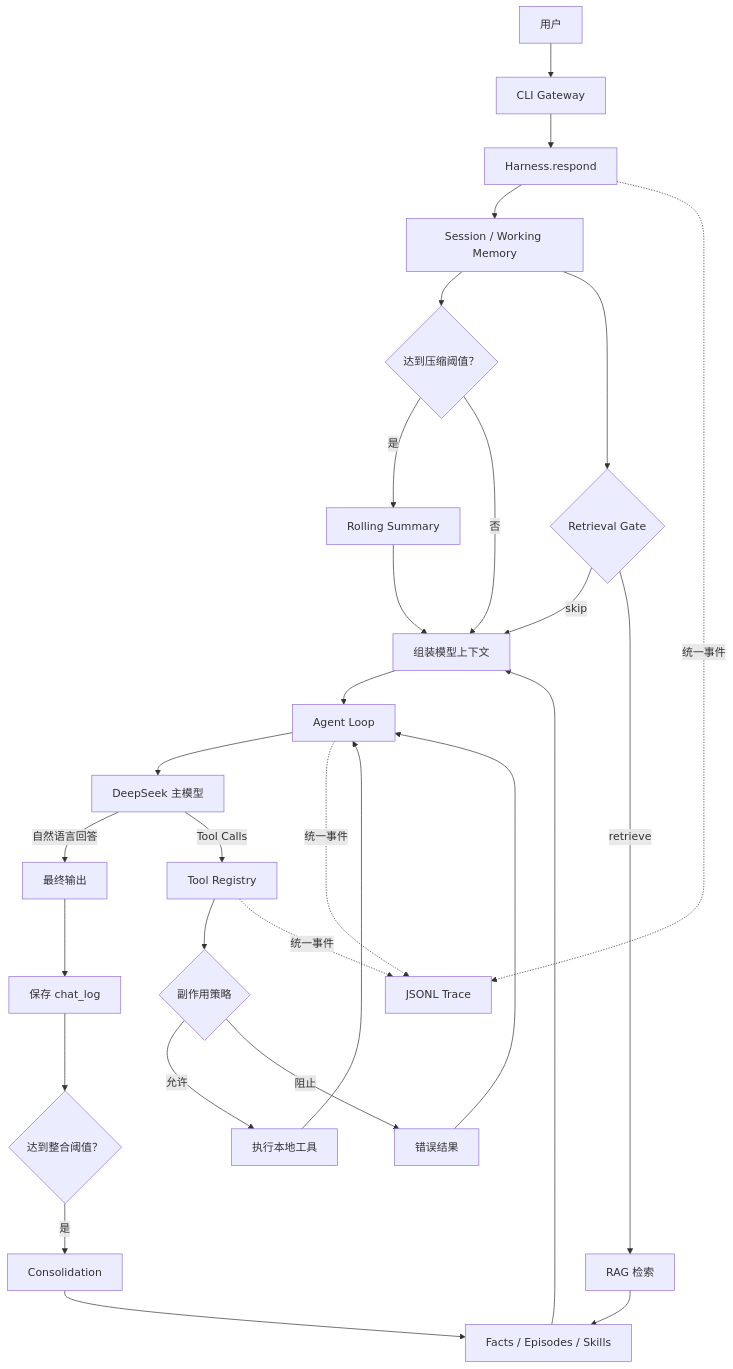
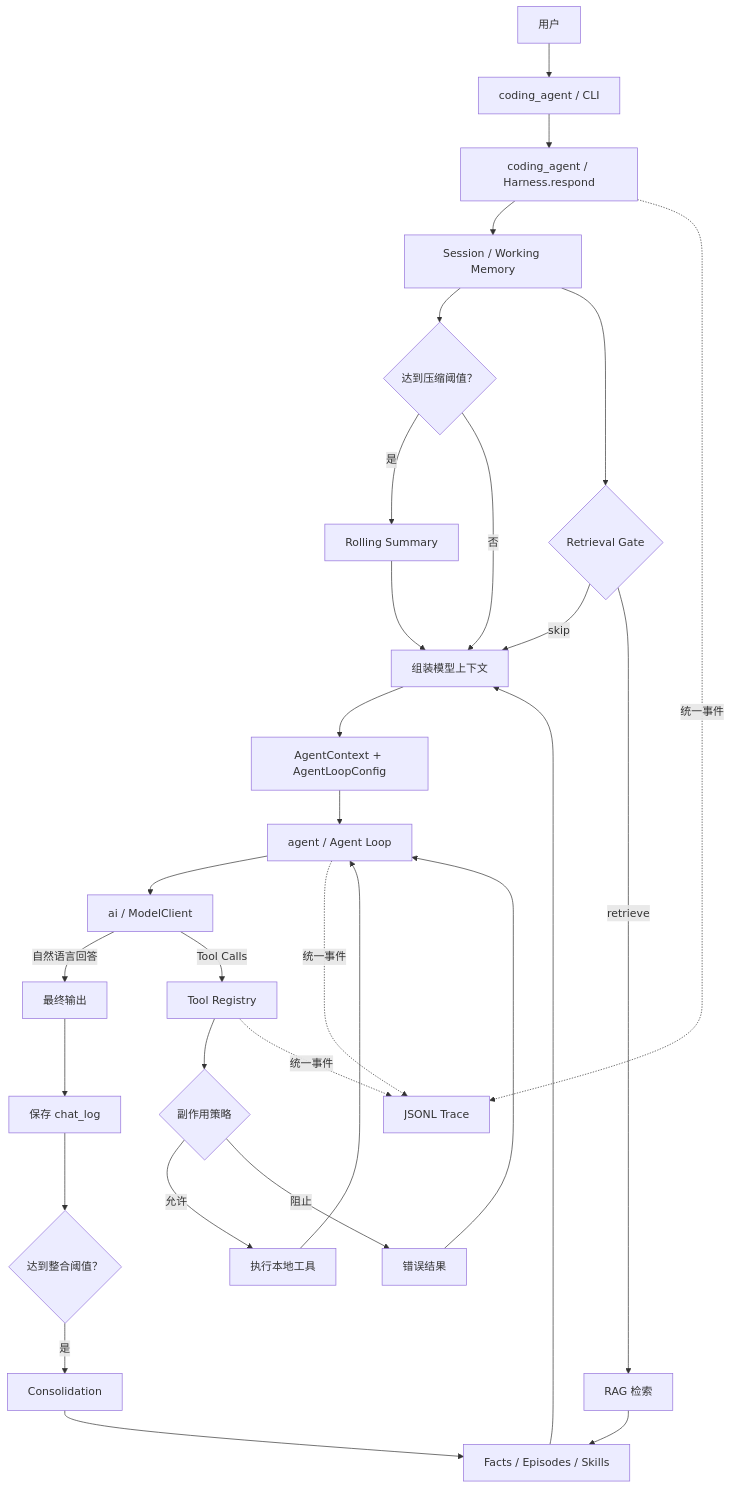
One commit to leishimin15-cloud/lsm-harness changed the diagram in docs/core-harness-guide.md. Above: the diagram before and after it, drawn with Mermaid. The commit also changed other lines of this file and 108 other files, not shown here.

````diff
--- a/docs/core-harness-guide.md
+++ b/docs/core-harness-guide.md
@@ -56,35 +61,36 @@
 ```mermaid
 flowchart TD
-    U["用户"] --> CLI["CLI Gateway"]
-    CLI --> H["Harness.respond"]
+    U["用户"] --> CLI["coding_agent / CLI"]
+    CLI --> H["coding_agent / Harness.respond"]
 
     H --> S["Session / Working Memory"]
     S --> B{"达到压缩阈值？"}
     B -->|是| CS["Rolling Summary"]
     CS --> C["组装模型上下文"]
     B -->|否| C
     S --> G{"Retrieval Gate"}
     G -->|skip| C
     G -->|retrieve| R["RAG 检索"]
     R --> F["Facts / Episodes / Skills"]
     F --> C
 
-    C --> L["Agent Loop"]
-    L --> M["DeepSeek 主模型"]
+    C --> AC["AgentContext + AgentLoopConfig"]
+    AC --> L["agent / Agent Loop"]
+    L --> M["ai / ModelClient"]
     M -->|自然语言回答| O["最终输出"]
     M -->|Tool Calls| T["Tool Registry"]
     T --> P{"副作用策略"}
     P -->|允许| X["执行本地工具"]
     P -->|阻止| E["错误结果"]
     X --> L
     E --> L
 
     O --> W["保存 chat_log"]
     W --> K{"达到整合阈值？"}
     K -->|是| D["Consolidation"]
     D --> F
 
     H -. "统一事件" .-> J["JSONL Trace"]
     L -. "统一事件" .-> J
     T -. "统一事件" .-> J
 ```
````
